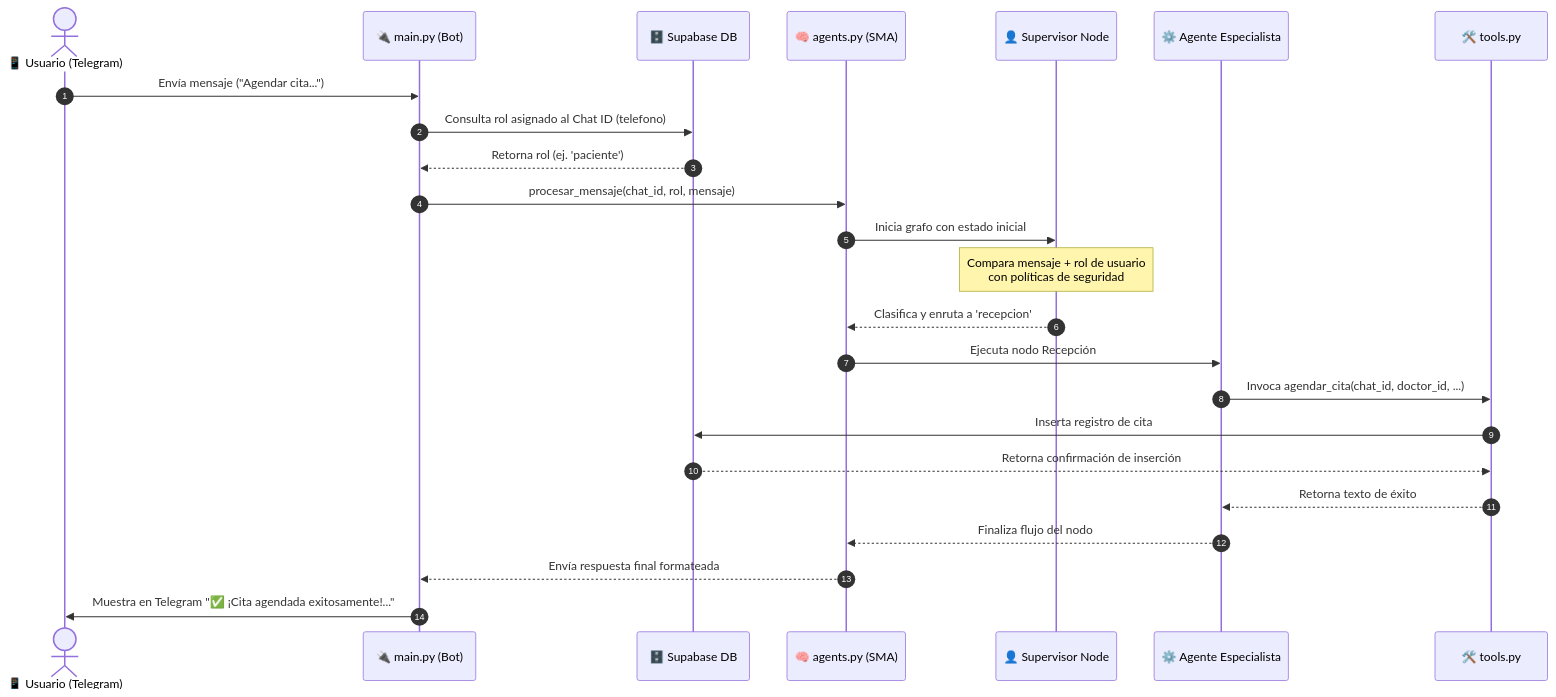
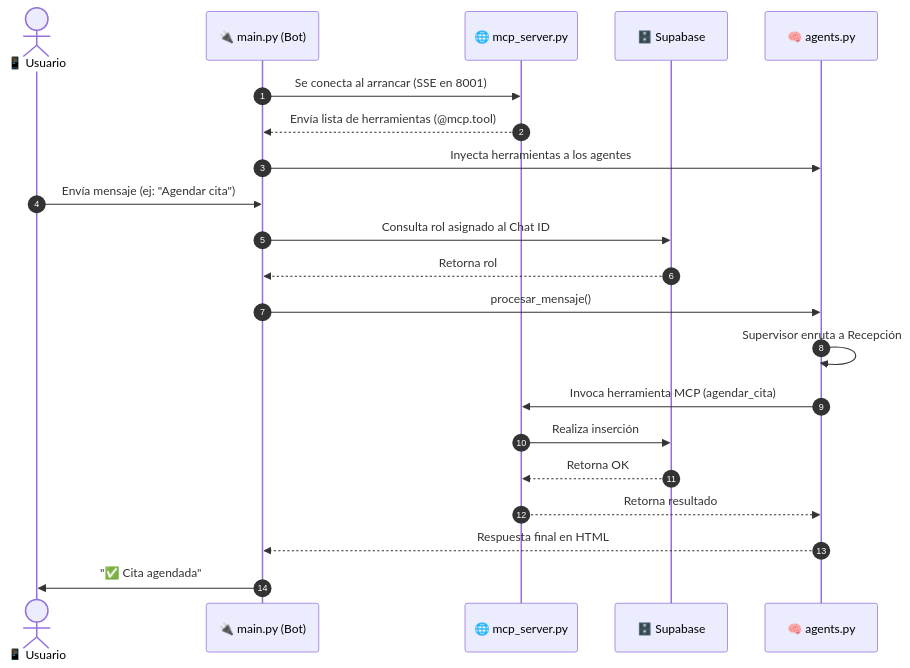
The second of 2 diagrams in doc/arquitectura_proyecto.md (IzpoDev/SMA_AutomaDent), drawn with Mermaid before and after one commit. The commit also changed other lines of this file and 2 other files, not shown here.

Commit message:
feat:Version Actualizada del logo del dashboard de streamlit

````diff
--- a/doc/arquitectura_proyecto.md
+++ b/doc/arquitectura_proyecto.md
@@ -78,27 +68,24 @@
 ```mermaid
 sequenceDiagram
     autonumber
-    actor Usuario as 📱 Usuario (Telegram)
+    actor Usuario as 📱 Usuario
     participant Main as 🔌 main.py (Bot)
-    participant DB as 🗄️ Supabase DB
-    participant SMA as 🧠 agents.py (SMA)
-    participant Hub as 👤 Supervisor Node
-    participant Spoke as ⚙️ Agente Especialista
-    participant Tool as 🛠️ tools.py
-
-    Usuario->>Main: Envía mensaje ("Agendar cita...")
-    Main->>DB: Consulta rol asignado al Chat ID (telefono)
-    DB-->>Main: Retorna rol (ej. 'paciente')
-    Main->>SMA: procesar_mensaje(chat_id, rol, mensaje)
-    SMA->>Hub: Inicia grafo con estado inicial
-    Note over Hub: Compara mensaje + rol de usuario<br/>con políticas de seguridad
-    Hub-->>SMA: Clasifica y enruta a 'recepcion'
-    SMA->>Spoke: Ejecuta nodo Recepción
-    Spoke->>Tool: Invoca agendar_cita(chat_id, doctor_id, ...)
-    Tool->>DB: Inserta registro de cita
-    DB-->>Tool: Retorna confirmación de inserción
-    Tool-->>Spoke: Retorna texto de éxito
-    Spoke-->>SMA: Finaliza flujo del nodo
-    SMA-->>Main: Envía respuesta final formateada
-    Main->>Usuario: Muestra en Telegram "✅ ¡Cita agendada exitosamente!..."
+    participant MCP as 🌐 mcp_server.py
+    participant DB as 🗄️ Supabase
+    participant SMA as 🧠 agents.py
+    
+    Main->>MCP: Se conecta al arrancar (SSE en 8001)
+    MCP-->>Main: Envía lista de herramientas (@mcp.tool)
+    Main->>SMA: Inyecta herramientas a los agentes
+    Usuario->>Main: Envía mensaje (ej: "Agendar cita")
+    Main->>DB: Consulta rol asignado al Chat ID
+    DB-->>Main: Retorna rol
+    Main->>SMA: procesar_mensaje()
+    SMA->>SMA: Supervisor enruta a Recepción
+    SMA->>MCP: Invoca herramienta MCP (agendar_cita)
+    MCP->>DB: Realiza inserción
+    DB-->>MCP: Retorna OK
+    MCP-->>SMA: Retorna resultado
+    SMA-->>Main: Respuesta final en HTML
+    Main->>Usuario: "✅ Cita agendada"
 ```
````
